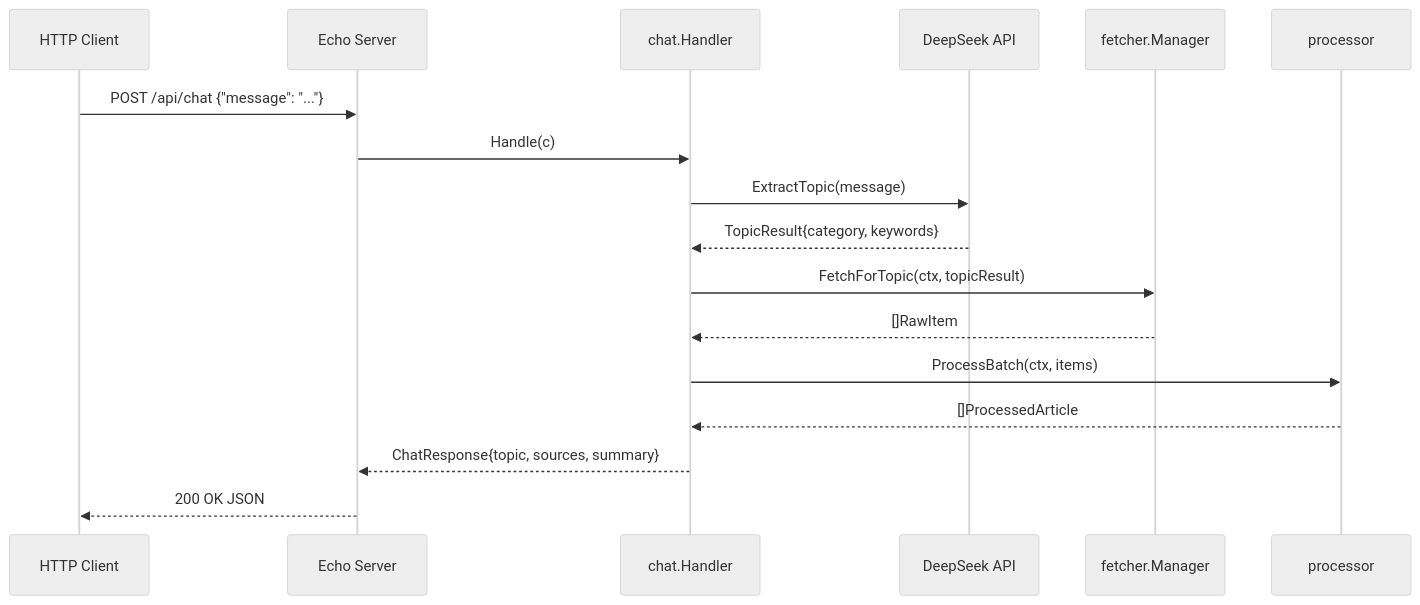
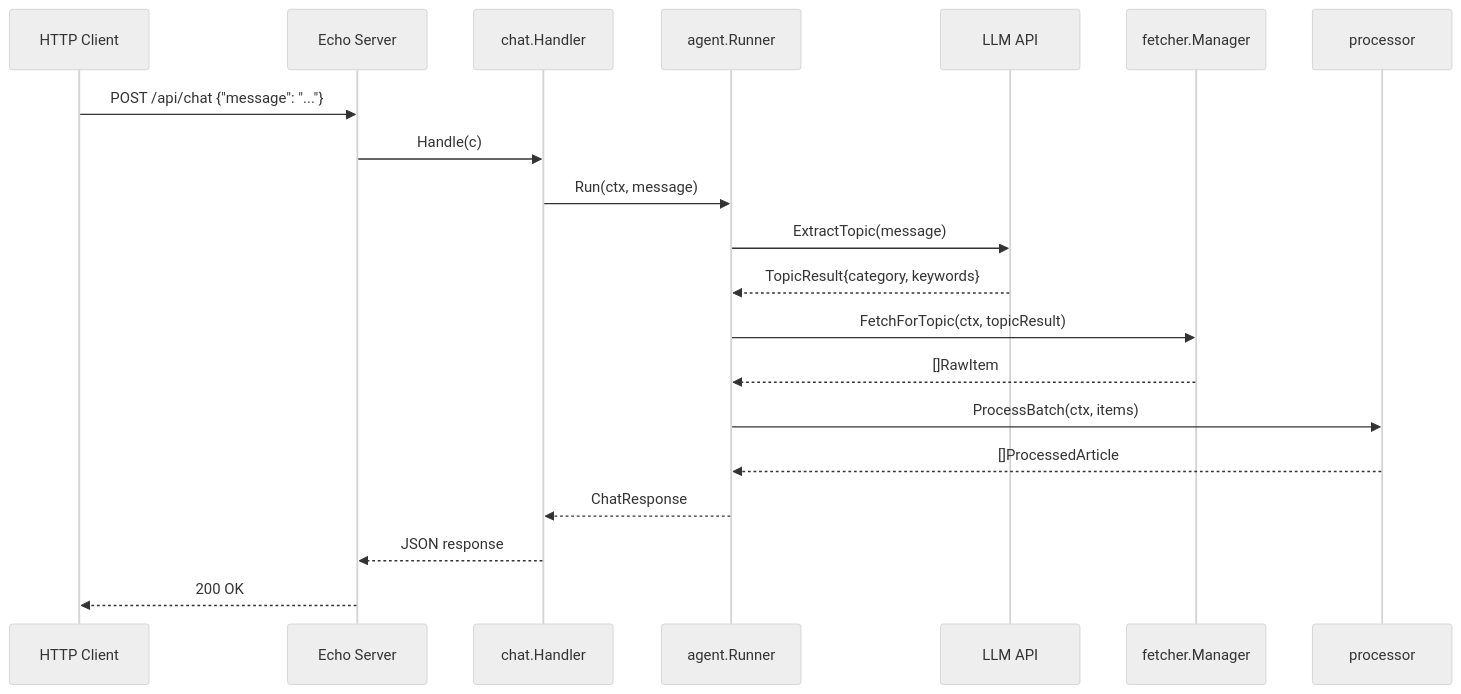
One commit to NanluQingshi/daily-info-agent changed the third of 4 diagrams in docs/02-DESIGN.md. Above: the diagram before and after it, drawn with Mermaid (neutral theme). The commit also changed other lines of this file, not shown here.

First line of the commit message:
docs(design): rewrite 02-DESIGN.md to v2.0 reflecting current architecture

````diff
--- a/docs/02-DESIGN.md
+++ b/docs/02-DESIGN.md
@@ -118,20 +155,23 @@
 ```mermaid
 sequenceDiagram
     participant Client as HTTP Client
     participant Echo as Echo Server
     participant Chat as chat.Handler
-    participant DS as DeepSeek API
+    participant Agent as agent.Runner
+    participant LLM as LLM API
     participant Mgr as fetcher.Manager
     participant Proc as processor
 
     Client->>Echo: POST /api/chat {"message": "..."}
     Echo->>Chat: Handle(c)
-    Chat->>DS: ExtractTopic(message)
-    DS-->>Chat: TopicResult{category, keywords}
-    Chat->>Mgr: FetchForTopic(ctx, topicResult)
-    Mgr-->>Chat: []RawItem
-    Chat->>Proc: ProcessBatch(ctx, items)
-    Proc-->>Chat: []ProcessedArticle
-    Chat-->>Echo: ChatResponse{topic, sources, summary}
-    Echo-->>Client: 200 OK JSON
+    Chat->>Agent: Run(ctx, message)
+    Agent->>LLM: ExtractTopic(message)
+    LLM-->>Agent: TopicResult{category, keywords}
+    Agent->>Mgr: FetchForTopic(ctx, topicResult)
+    Mgr-->>Agent: []RawItem
+    Agent->>Proc: ProcessBatch(ctx, items)
+    Proc-->>Agent: []ProcessedArticle
+    Agent-->>Chat: ChatResponse
+    Chat-->>Echo: JSON response
+    Echo-->>Client: 200 OK
 ```
````
